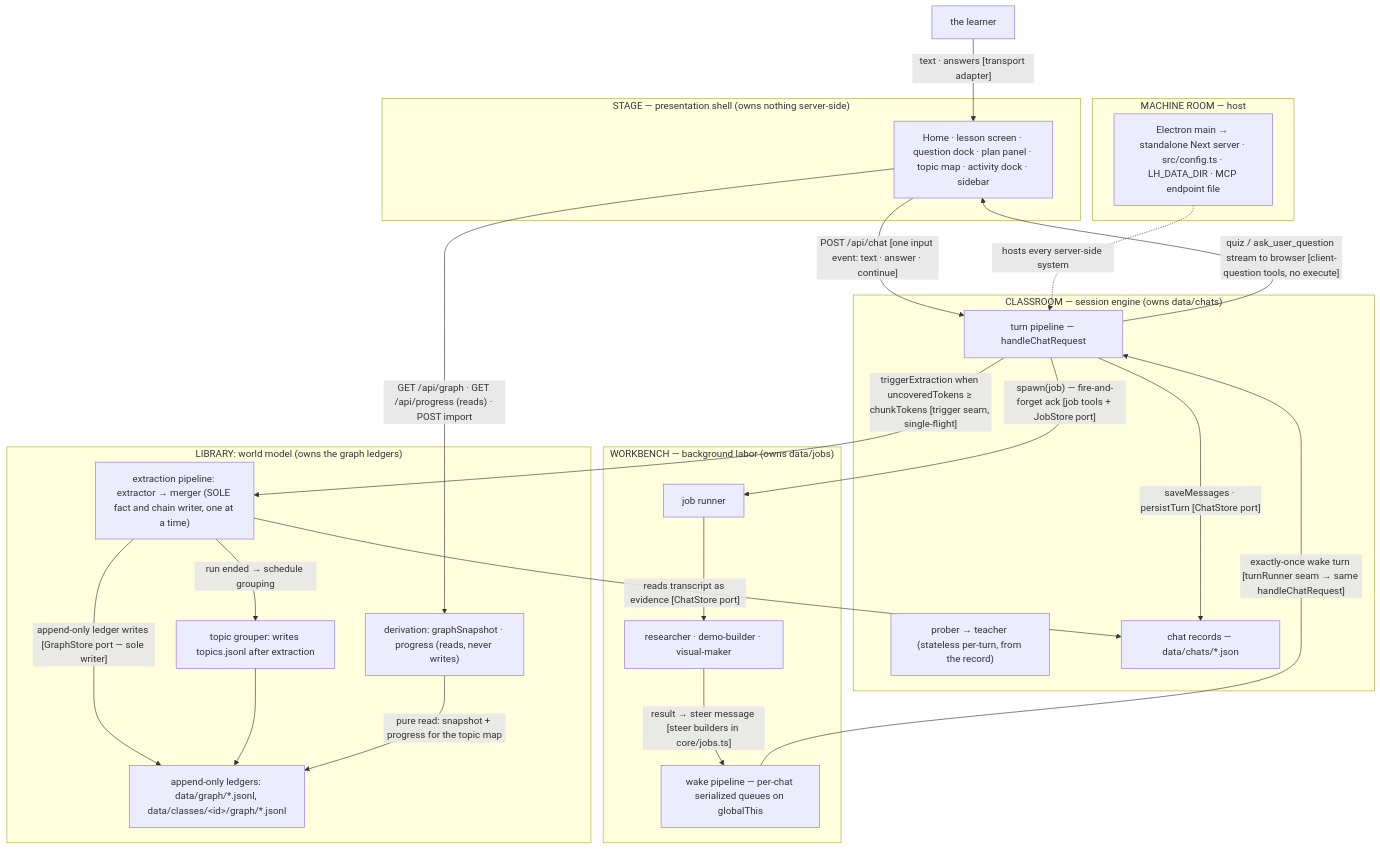
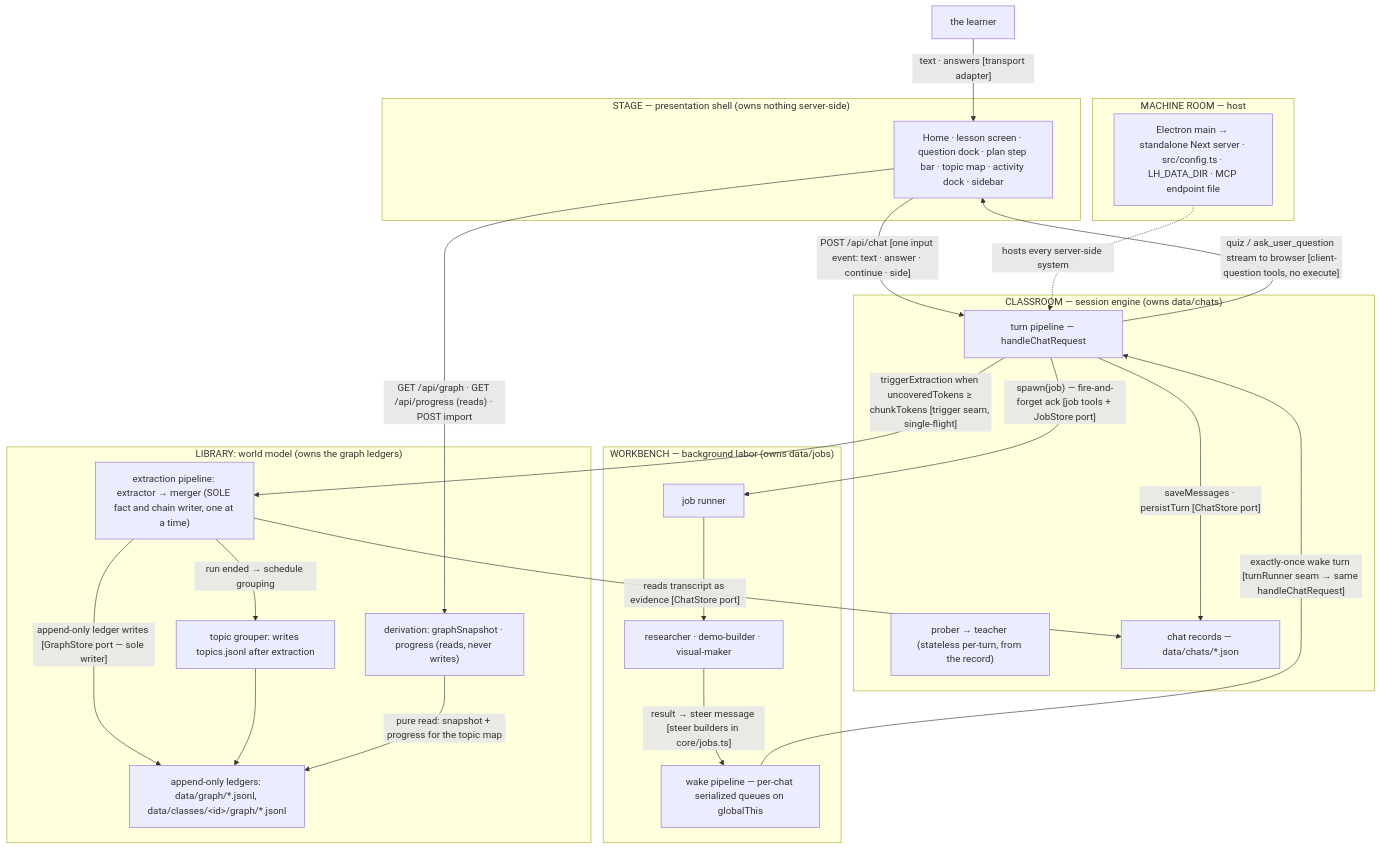
The third of 7 diagrams in docs/architecture.md (bayshores/godspeed), drawn with Mermaid before and after one commit. The commit also changed other lines of this file and 5 other files, not shown here.

Commit message:
docs: match the code: side questions, one startup screen, switched-off tools note, folder start scripts, moved modules, stale facts

````diff
--- a/docs/architecture.md
+++ b/docs/architecture.md
@@ -216,48 +216,48 @@
 ```mermaid
 flowchart TB
     LEARNER["the learner"]
 
     subgraph STAGE["STAGE — presentation shell (owns nothing server-side)"]
-        UI["Home · lesson screen · question dock · plan panel · topic map · activity dock · sidebar"]
+        UI["Home · lesson screen · question dock · plan step bar · topic map · activity dock · sidebar"]
     end
 
     subgraph CLASSROOM["CLASSROOM — session engine (owns data/chats)"]
         TURN["turn pipeline — handleChatRequest"]
         AGENTS["prober → teacher (stateless per-turn, from the record)"]
         CHATDATA["chat records — data/chats/*.json"]
     end
 
     subgraph WORKBENCH["WORKBENCH — background labor (owns data/jobs)"]
         JOBRUN["job runner"]
         SUBAGENTS["researcher · demo-builder · visual-maker"]
         WAKE["wake pipeline — per-chat serialized queues on globalThis"]
     end
 
     subgraph LIBRARY["LIBRARY: world model (owns the graph ledgers)"]
         EXTRACT["extraction pipeline: extractor → merger (SOLE fact and chain writer, one at a time)"]
         TOPICS["topic grouper: writes topics.jsonl after extraction"]
         DERIVE["derivation: graphSnapshot · progress (reads, never writes)"]
         GRAPHDATA["append-only ledgers: data/graph/*.jsonl, data/classes/&lt;id&gt;/graph/*.jsonl"]
     end
 
     subgraph ROOM["MACHINE ROOM — host"]
         HOST["Electron main → standalone Next server · src/config.ts · LH_DATA_DIR · MCP endpoint file"]
     end
 
     LEARNER -->|"text · answers [transport adapter]"| UI
-    UI -->|"POST /api/chat [one input event: text · answer · continue]"| TURN
+    UI -->|"POST /api/chat [one input event: text · answer · continue · side]"| TURN
     TURN -->|"quiz / ask_user_question stream to browser [client-question tools, no execute]"| UI
     TURN -->|"saveMessages · persistTurn [ChatStore port]"| CHATDATA
     TURN -->|"spawn(job) — fire-and-forget ack [job tools + JobStore port]"| JOBRUN
     JOBRUN --> SUBAGENTS
     SUBAGENTS -->|"result → steer message [steer builders in core/jobs.ts]"| WAKE
     WAKE -->|"exactly-once wake turn [turnRunner seam → same handleChatRequest]"| TURN
     TURN -->|"triggerExtraction when uncoveredTokens ≥ chunkTokens [trigger seam, single-flight]"| EXTRACT
     EXTRACT -->|"reads transcript as evidence [ChatStore port]"| CHATDATA
     EXTRACT -->|"append-only ledger writes [GraphStore port — sole writer]"| GRAPHDATA
     EXTRACT -->|"run ended → schedule grouping"| TOPICS
     TOPICS --> GRAPHDATA
     DERIVE -->|"pure read: snapshot + progress for the topic map"| GRAPHDATA
     UI -->|"GET /api/graph · GET /api/progress (reads) · POST import"| DERIVE
     HOST -.->|"hosts every server-side system"| TURN
 ```
````
